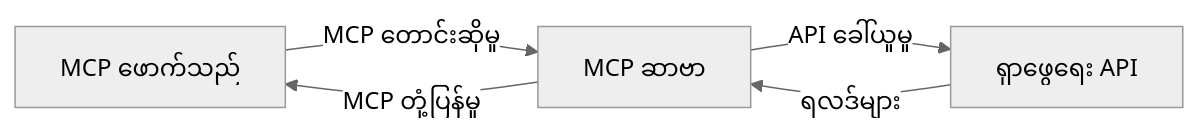
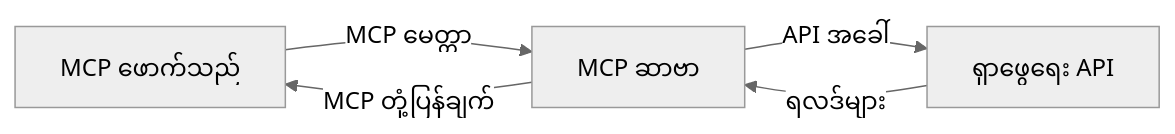
The second of 4 diagrams in translations/my/05-AdvancedTopics/mcp-realtimesearch/README.md (microsoft/mcp-for-beginners), drawn with Mermaid (neutral theme) before and after one commit. The commit also changed other lines of this file and 132 other files, not shown here.

````diff
--- a/translations/my/05-AdvancedTopics/mcp-realtimesearch/README.md
+++ b/translations/my/05-AdvancedTopics/mcp-realtimesearch/README.md
@@ -598,7 +600,7 @@
 ```mermaid
 graph LR
-    Client[MCP ဖောက်သည်] --> |MCP တောင်းဆိုမှု| Server[MCP ဆာဗာ]
-    Server --> |API ခေါ်ယူမှု| SearchAPI[ရှာဖွေရေး API]
+    Client[MCP ဖောက်သည်] --> |MCP မေတ္တာ| Server[MCP ဆာဗာ]
+    Server --> |API အခေါ်| SearchAPI[ရှာဖွေရေး API]
     SearchAPI --> |ရလဒ်များ| Server
-    Server --> |MCP တုံ့ပြန်မှု| Client
+    Server --> |MCP တုံ့ပြန်ချက်| Client
 ```
````
